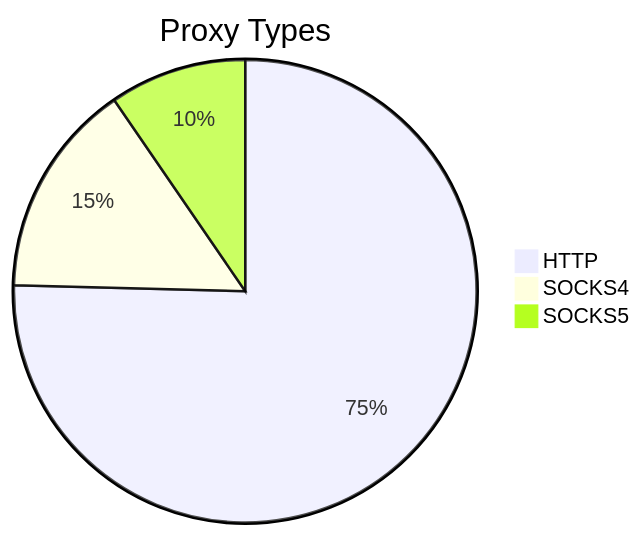
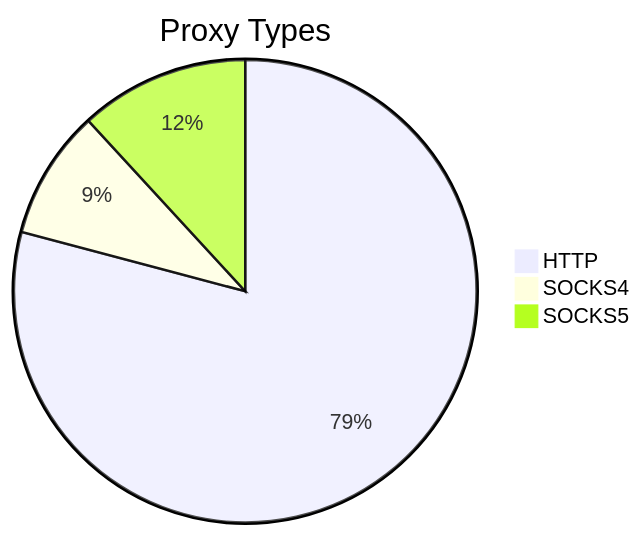
Before and after one commit to stormsia/proxy-list: the first of 2 diagrams in README.md, drawn with Mermaid. The commit also changed other lines of this file, not shown here.

````diff
--- a/README.md
+++ b/README.md
@@ -21,6 +21,6 @@
 ```mermaid
 pie title Proxy Types
-    "HTTP" : 276
-    "SOCKS4" : 55
-    "SOCKS5" : 35
+    "HTTP" : 254
+    "SOCKS4" : 29
+    "SOCKS5" : 38
 ```
````
